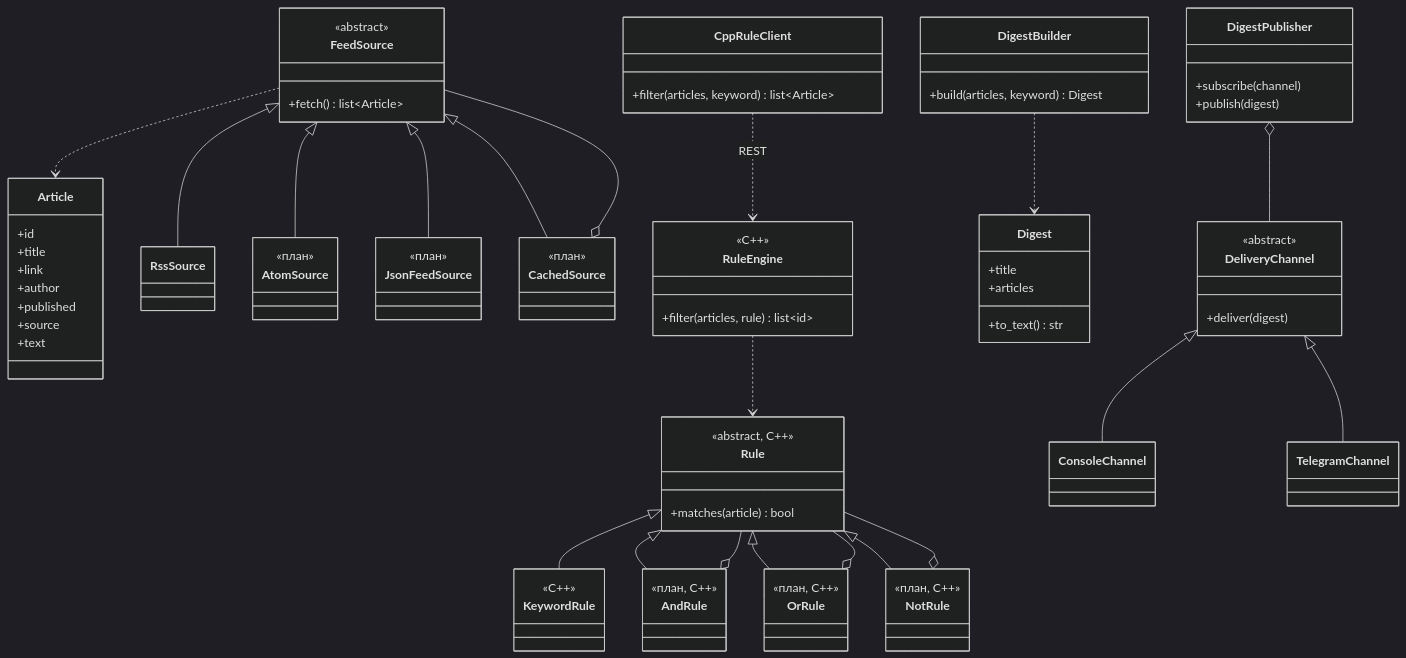
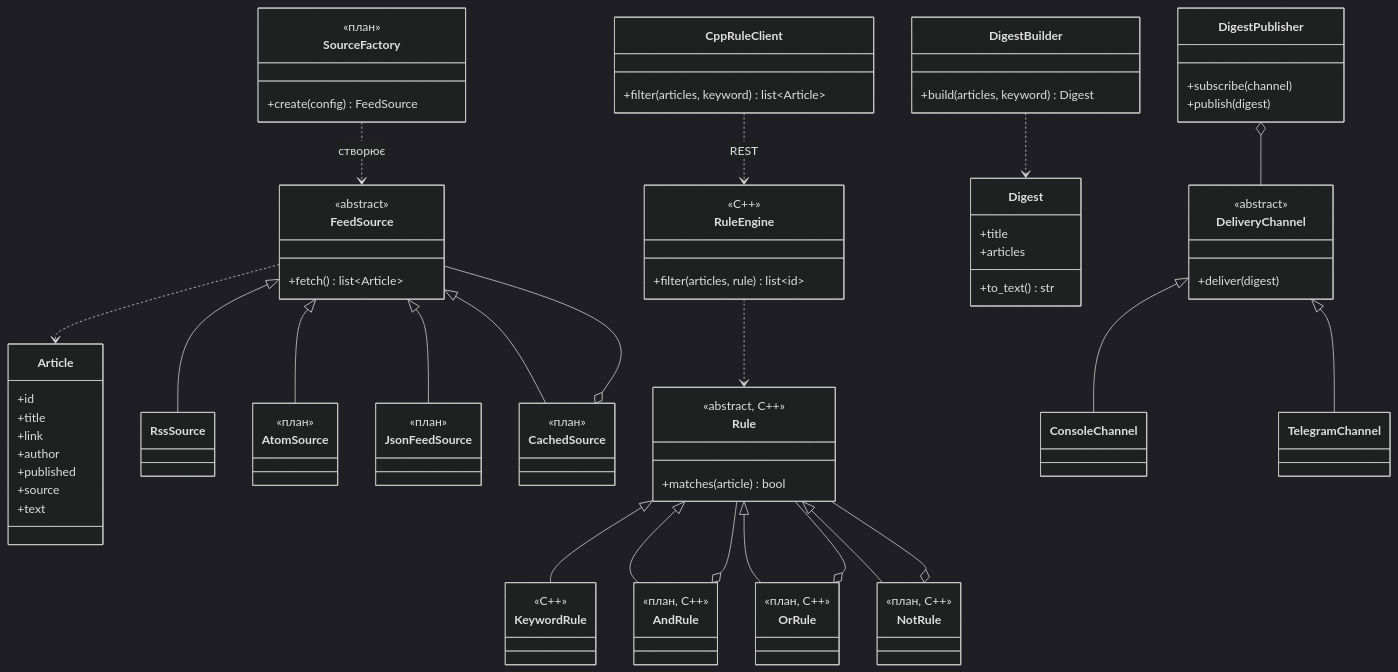
Before and after one commit to tetianix/news-aggregator: the diagram in README.md, drawn with Mermaid (dark theme). The commit also changed other lines of this file and 4 other files, not shown here.

```diff
--- a/README.md
+++ b/README.md
@@ -114,6 +114,11 @@
     FeedSource <|-- CachedSource
     CachedSource o-- FeedSource
     FeedSource ..> Article
+    class SourceFactory {
+        <<план>>
+        +create(config) FeedSource
+    }
+    SourceFactory ..> FeedSource : створює
 
     class CppRuleClient {
         +filter(articles, keyword) list~Article~
```
